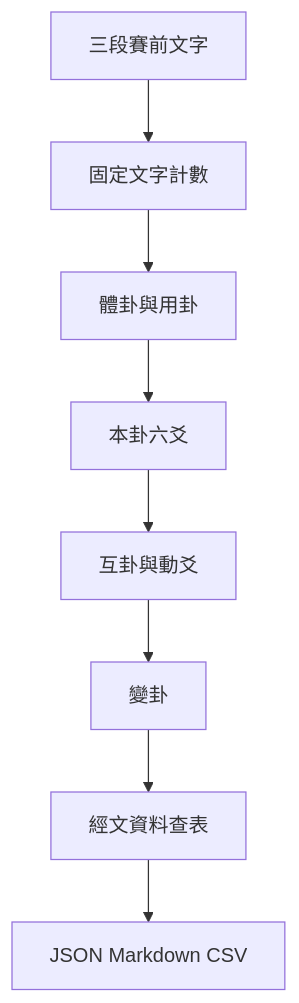
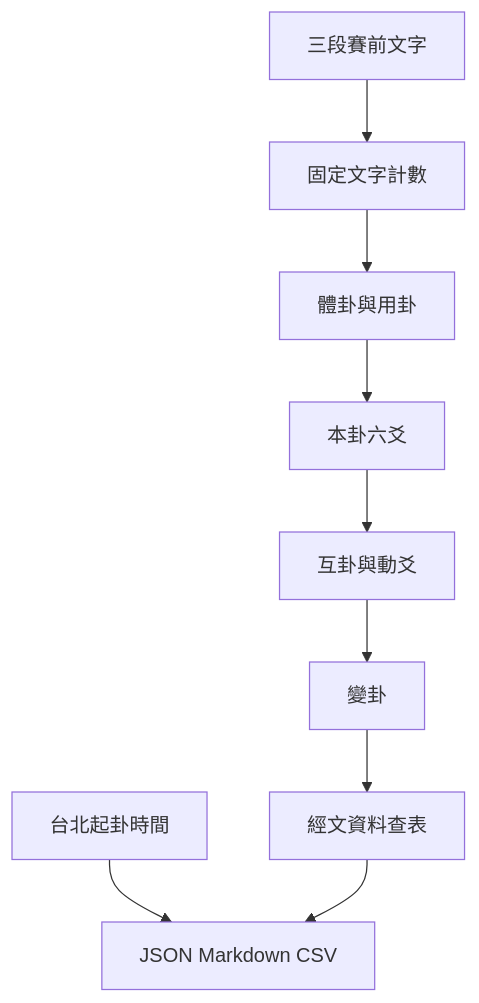
Before and after one commit to wujoshnjr/meihua-football-streamlit: the diagram in docs/ARCHITECTURE.md, drawn with Mermaid. The commit also changed other lines of this file and 16 other files, not shown here.

````diff
--- a/docs/ARCHITECTURE.md
+++ b/docs/ARCHITECTURE.md
@@ -24,10 +27,11 @@
 ```mermaid
 flowchart TD
     A[三段賽前文字] --> B[固定文字計數]
+    T[台北起卦時間] --> H[JSON Markdown CSV]
     B --> C[體卦與用卦]
     C --> D[本卦六爻]
     D --> E[互卦與動爻]
     E --> F[變卦]
     F --> G[經文資料查表]
     G --> H[JSON Markdown CSV]
 ```
````
